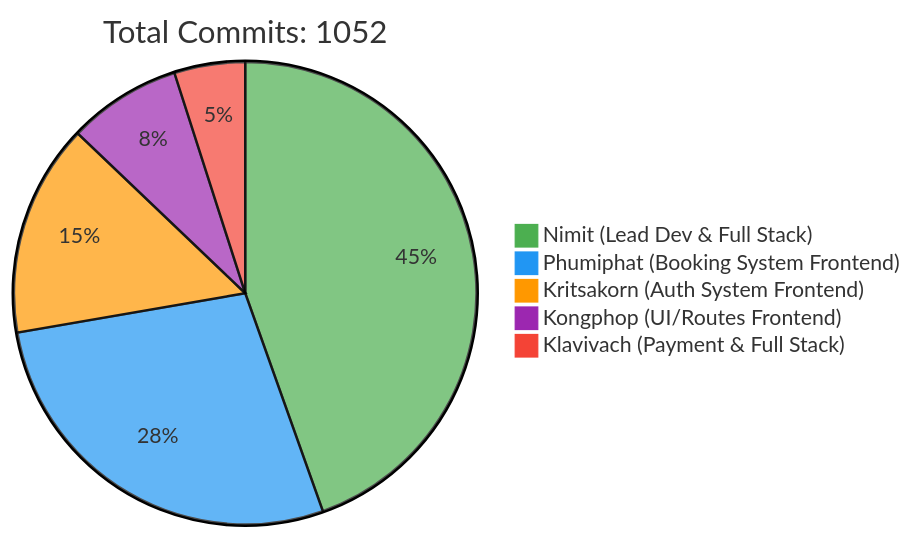
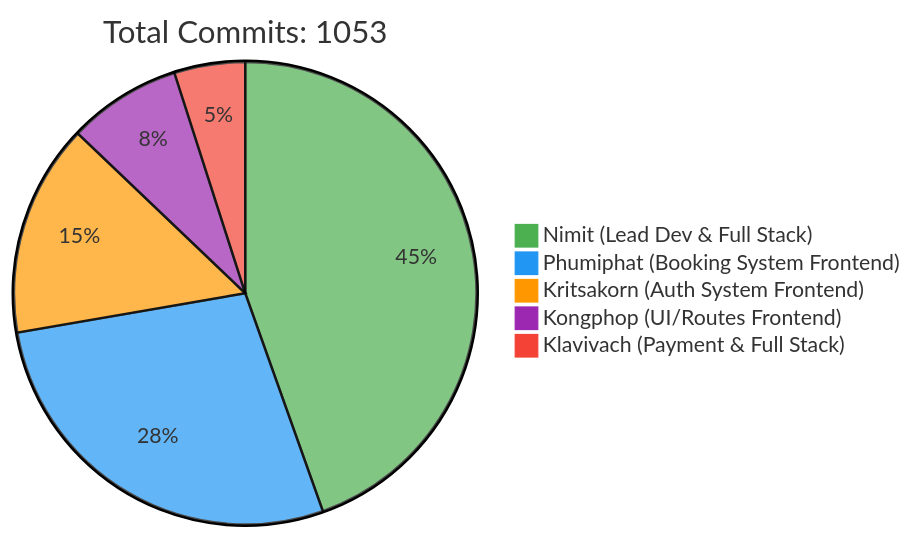
One commit to 6531503042/Sport-Complex changed the first of 2 diagrams in README.md. Above: the diagram before and after it, drawn with Mermaid. The commit also changed other lines of this file, not shown here.

Commit message:
docs: Update contributor statistics [skip ci]

````diff
--- a/README.md
+++ b/README.md
@@ -240,10 +240,10 @@
 ```mermaid
 %%{init: {'theme': 'base', 'themeVariables': { 'pie1': '#4CAF50', 'pie2': '#2196F3', 'pie3': '#FF9800', 'pie4': '#9C27B0', 'pie5': '#F44336'}}}%%
 pie
-    title Total Commits: 1052
+    title Total Commits: 1053
     "Nimit (Lead Dev & Full Stack)" : 450
     "Phumiphat (Booking System Frontend)" : 280
     "Kritsakorn (Auth System Frontend)" : 150
     "Kongphop (UI/Routes Frontend)" : 80
     "Klavivach (Payment & Full Stack)" : 50
 ```
````
